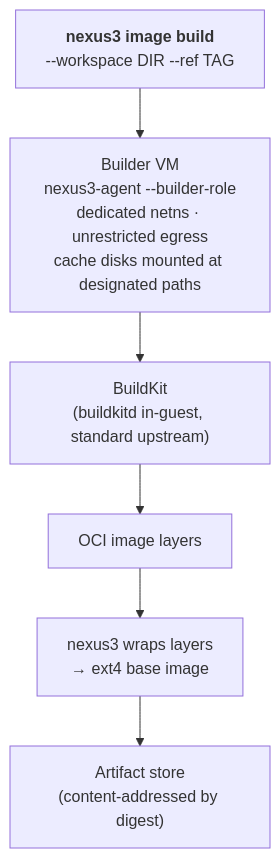
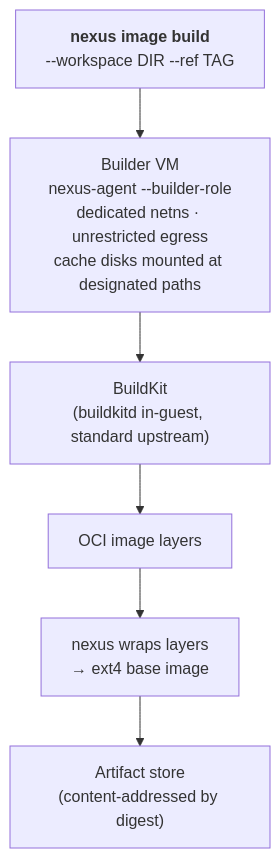
Before and after one commit to IniZio/nexus: the diagram in docs/site/sandboxes/images.md, drawn with Mermaid. The commit also changed other lines of this file and 903 other files, not shown here.

````diff
--- a/docs/site/sandboxes/images.md
+++ b/docs/site/sandboxes/images.md
@@ -30,9 +30,9 @@
 ```mermaid
 flowchart TD
-    A["<b>nexus3 image build</b><br/>--workspace DIR --ref TAG"] --> B
-    B["Builder VM<br/>nexus3-agent --builder-role<br/>dedicated netns · unrestricted egress<br/>cache disks mounted at designated paths"] --> C
+    A["<b>nexus image build</b><br/>--workspace DIR --ref TAG"] --> B
+    B["Builder VM<br/>nexus-agent --builder-role<br/>dedicated netns · unrestricted egress<br/>cache disks mounted at designated paths"] --> C
     C["BuildKit<br/>(buildkitd in-guest, standard upstream)"] --> D
     D["OCI image layers"] --> E
-    E["nexus3 wraps layers<br/>→ ext4 base image"] --> F
+    E["nexus wraps layers<br/>→ ext4 base image"] --> F
     F["Artifact store<br/>(content-addressed by digest)"]
 ```
````
